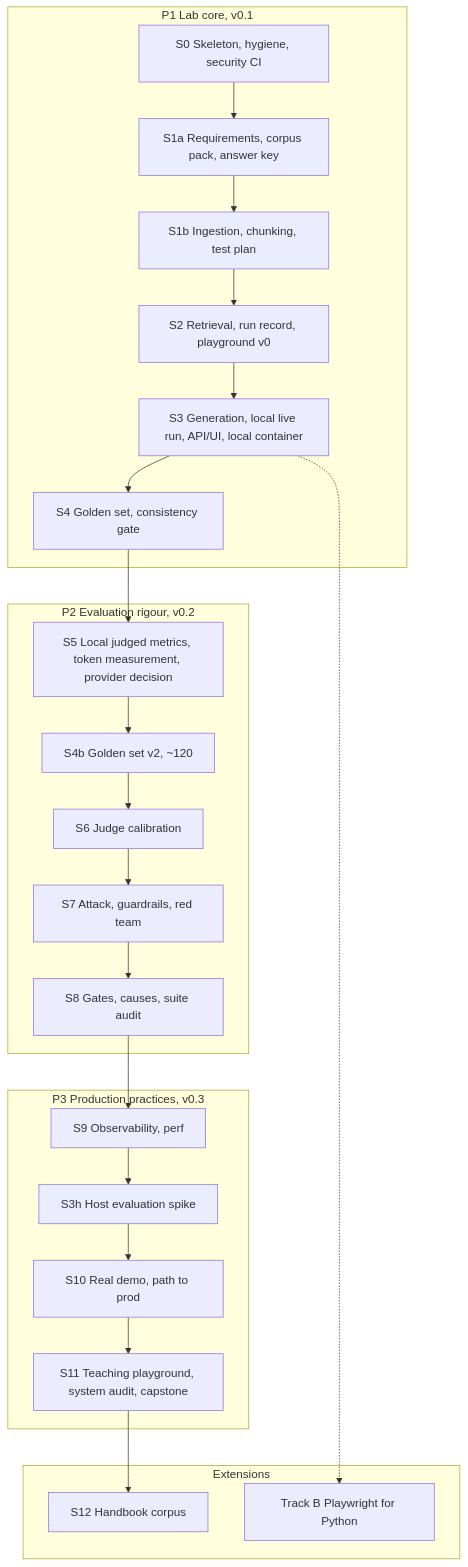
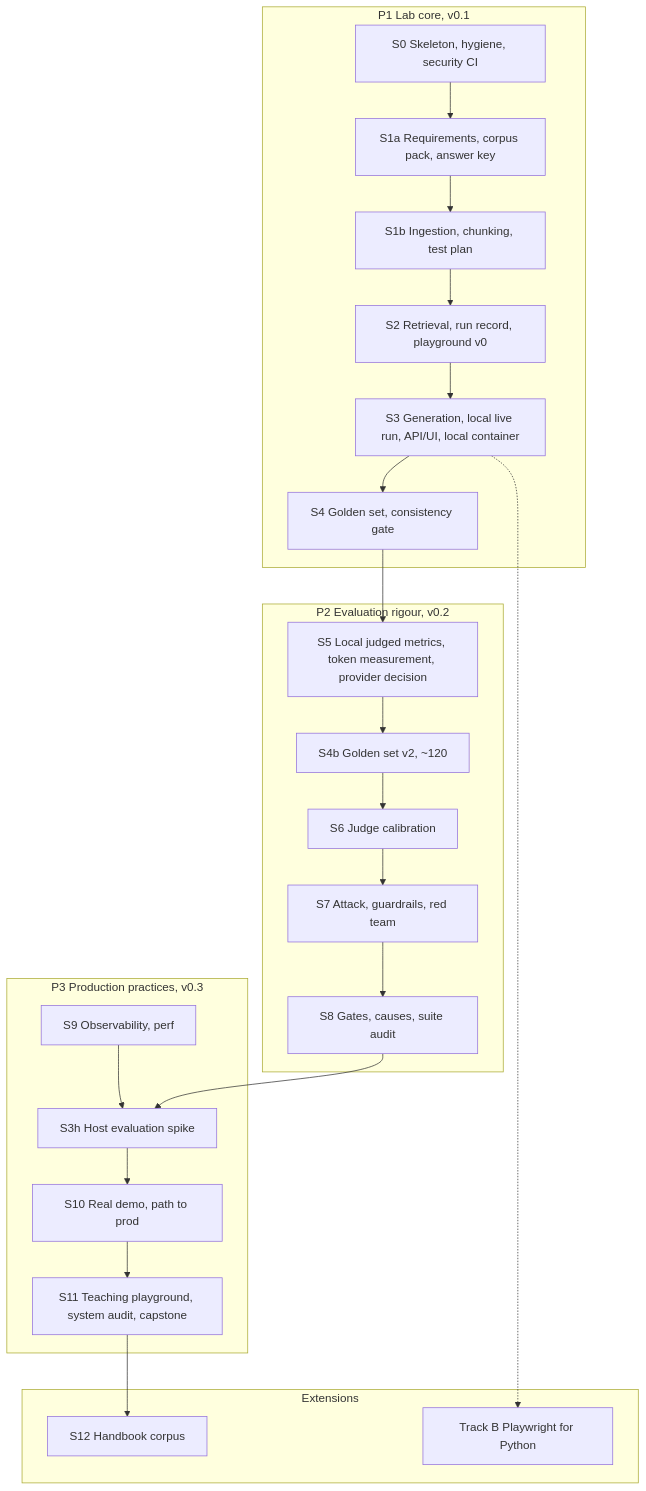
Before and after one commit to willcoliveira/ai-testing-rag-lab: the fourth of 4 diagrams in docs/plans/2026-10-05-raglab-plan.md, drawn with Mermaid. The commit also changed other lines of this file and 4 other files, not shown here.

````diff
--- a/docs/plans/2026-10-05-raglab-plan.md
+++ b/docs/plans/2026-10-05-raglab-plan.md
@@ -352,20 +352,20 @@
 ```mermaid
 flowchart TB
   subgraph P1[P1 Lab core, v0.1]
     S0[S0 Skeleton, hygiene, security CI] --> S1a[S1a Requirements, corpus pack, answer key] --> S1b[S1b Ingestion, chunking, test plan] --> S2[S2 Retrieval, run record, playground v0] --> S3[S3 Generation, local live run, API/UI, local container] --> S4[S4 Golden set, consistency gate]
   end
   subgraph P2[P2 Evaluation rigour, v0.2]
     S5[S5 Local judged metrics, token measurement, provider decision] --> S4b[S4b Golden set v2, ~120] --> S6[S6 Judge calibration] --> S7[S7 Attack, guardrails, red team] --> S8[S8 Gates, causes, suite audit]
   end
   subgraph P3[P3 Production practices, v0.3]
     S9[S9 Observability, perf] --> S3h[S3h Host evaluation spike] --> S10[S10 Real demo, path to prod] --> S11[S11 Teaching playground, system audit, capstone]
   end
   subgraph EXT[Extensions]
     S12[S12 Handbook corpus]
     B[Track B Playwright for Python]
   end
   S4 --> S5
-  S8 --> S9
+  S8 --> S3h
   S11 --> S12
   S3 -.-> B
 ```
````
